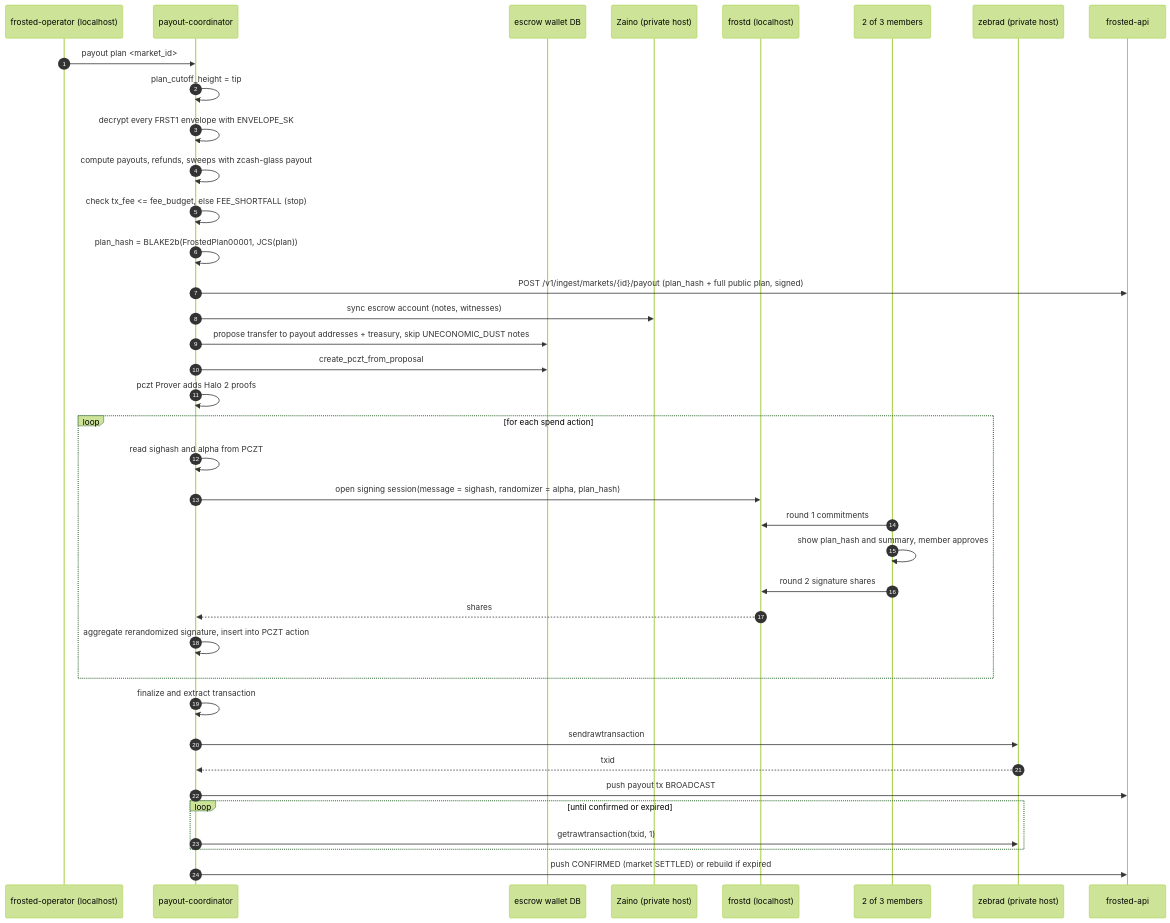
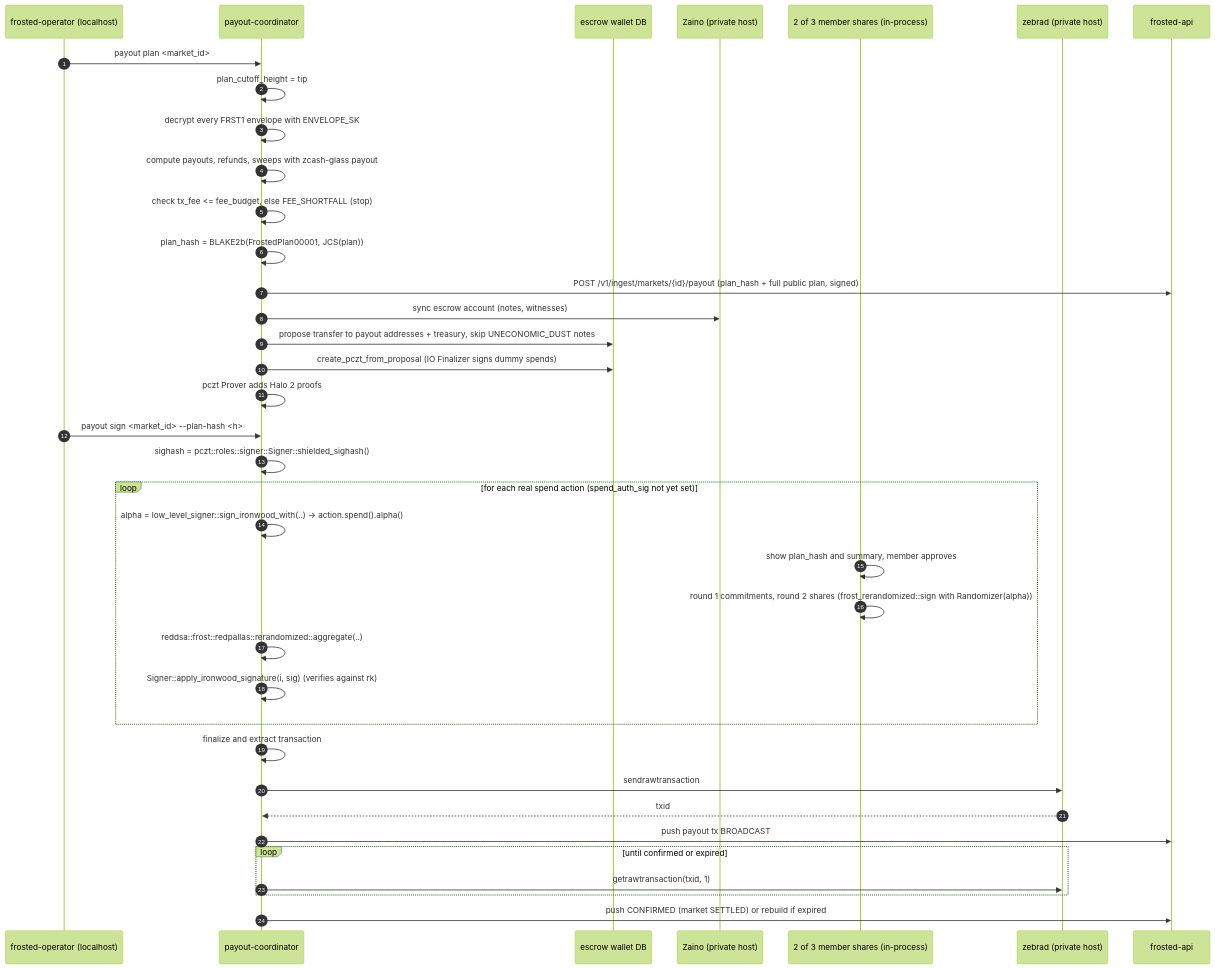
Before and after one commit to jonathanmaul/frosted: diagram 12 of 19 in docs/PROJECT_SPEC_FROSTED.md, drawn with Mermaid (forest theme). The commit also changed other lines of this file, not shown here.

Commit message:
docs: apply spike results to spec (in-process FROST, proven APIs, crate groups)

````diff
--- a/docs/PROJECT_SPEC_FROSTED.md
+++ b/docs/PROJECT_SPEC_FROSTED.md
@@ -1162,41 +1149,40 @@
 ```mermaid
 sequenceDiagram
     autonumber
     participant OP as frosted-operator (localhost)
     participant C as payout-coordinator
     participant WDB as escrow wallet DB
     participant LWD as Zaino (private host)
-    participant FD as frostd (localhost)
-    participant S as 2 of 3 members
+    participant S as 2 of 3 member shares (in-process)
     participant Z as zebrad (private host)
     participant API as frosted-api
 
     OP->>C: payout plan <market_id>
     C->>C: plan_cutoff_height = tip
     C->>C: decrypt every FRST1 envelope with ENVELOPE_SK
     C->>C: compute payouts, refunds, sweeps with zcash-glass payout
     C->>C: check tx_fee <= fee_budget, else FEE_SHORTFALL (stop)
     C->>C: plan_hash = BLAKE2b(FrostedPlan00001, JCS(plan))
     C->>API: POST /v1/ingest/markets/{id}/payout (plan_hash + full public plan, signed)
     C->>LWD: sync escrow account (notes, witnesses)
     C->>WDB: propose transfer to payout addresses + treasury, skip UNECONOMIC_DUST notes
-    C->>WDB: create_pczt_from_proposal
+    C->>WDB: create_pczt_from_proposal (IO Finalizer signs dummy spends)
     C->>C: pczt Prover adds Halo 2 proofs
-    loop for each spend action
-        C->>C: read sighash and alpha from PCZT
-        C->>FD: open signing session(message = sighash, randomizer = alpha, plan_hash)
-        S->>FD: round 1 commitments
+    OP->>C: payout sign <market_id> --plan-hash <h>
+    C->>C: sighash = pczt::roles::signer::Signer::shielded_sighash()
+    loop for each real spend action (spend_auth_sig not yet set)
+        C->>C: alpha = low_level_signer::sign_ironwood_with(..) -> action.spend().alpha()
         S->>S: show plan_hash and summary, member approves
-        S->>FD: round 2 signature shares
-        FD-->>C: shares
-        C->>C: aggregate rerandomized signature, insert into PCZT action
+        S->>S: round 1 commitments, round 2 shares (frost_rerandomized::sign with Randomizer(alpha))
+        C->>C: reddsa::frost::redpallas::rerandomized::aggregate(..)
+        C->>C: Signer::apply_ironwood_signature(i, sig) (verifies against rk)
     end
     C->>C: finalize and extract transaction
     C->>Z: sendrawtransaction
     Z-->>C: txid
     C->>API: push payout tx BROADCAST
     loop until confirmed or expired
         C->>Z: getrawtransaction(txid, 1)
     end
     C->>API: push CONFIRMED (market SETTLED) or rebuild if expired
 ```
````
